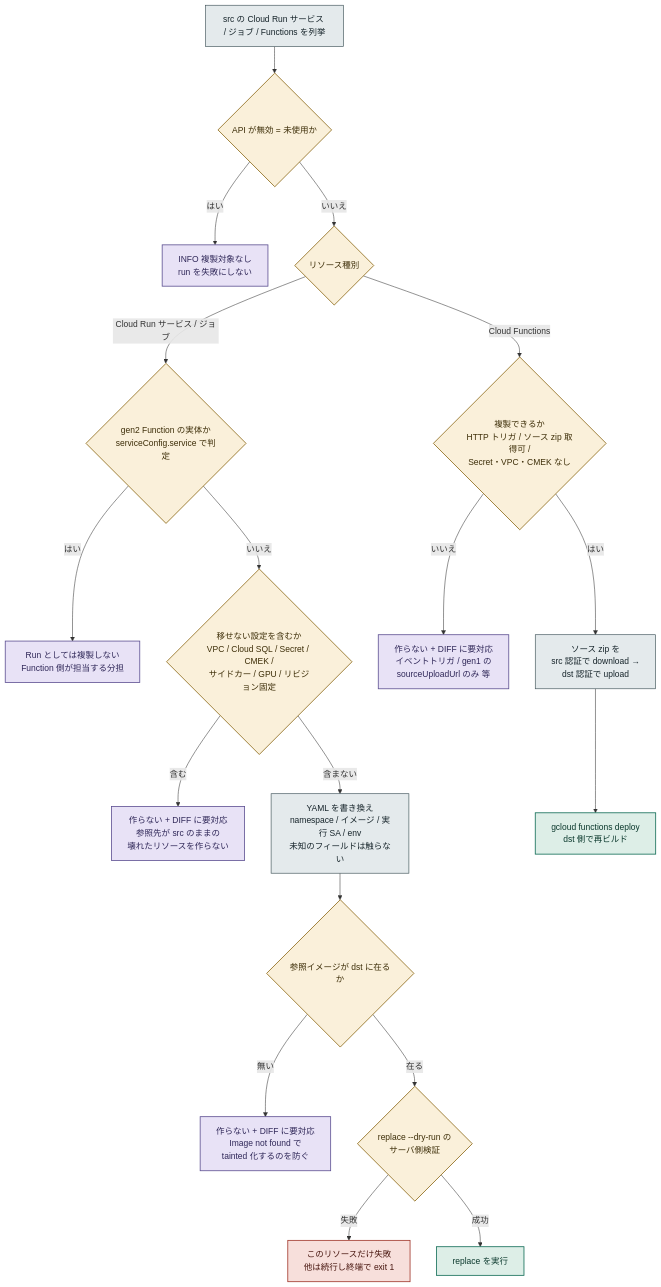
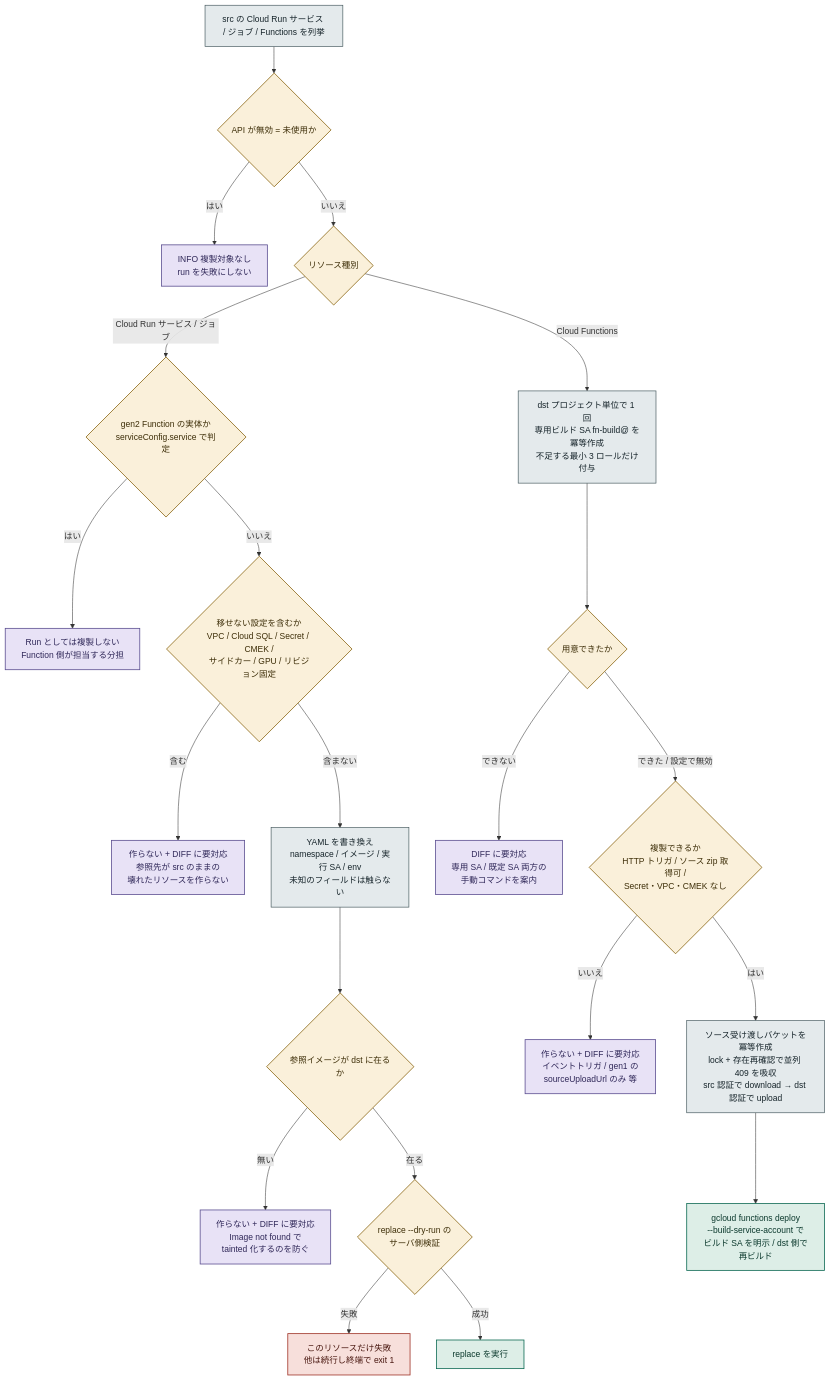
The sixth of 8 diagrams in architecture/sync-env-flow.md (shin5ok/gcp-copy-allenv), drawn with Mermaid before and after one commit. The commit also changed other lines of this file and 1 other file, not shown here.

First line of the commit message:
docs: フロー図を Step 4.7 のビルド SA / Step 5.7 の IAM 複製に追随

````diff
--- a/architecture/sync-env-flow.md
+++ b/architecture/sync-env-flow.md
@@ -281,34 +281,37 @@
 ```mermaid
 %%{init: {"theme":"base","themeVariables":{"fontFamily":"ui-monospace, Menlo, Consolas, 'Hiragino Kaku Gothic ProN', 'Yu Gothic', sans-serif","fontSize":"13px","lineColor":"#7C8D92","textColor":"#16242A","edgeLabelBackground":"#EDF1F1"}}}%%
 flowchart TD
   L["src の Cloud Run サービス / ジョブ / Functions を列挙"] --> D0{"API が無効 = 未使用か"}
   D0 -->|"はい"| SK0["INFO 複製対象なし<br/>run を失敗にしない"]
   D0 -->|"いいえ"| SP{"リソース種別"}
 
   SP -->|"Cloud Run サービス / ジョブ"| D1{"gen2 Function の実体か<br/>serviceConfig.service で判定"}
   D1 -->|"はい"| FN["Run としては複製しない<br/>Function 側が担当する分担"]
   D1 -->|"いいえ"| D2{"移せない設定を含むか<br/>VPC / Cloud SQL / Secret / CMEK /<br/>サイドカー / GPU / リビジョン固定"}
   D2 -->|"含む"| K1["作らない + DIFF に要対応<br/>参照先が src のままの<br/>壊れたリソースを作らない"]
   D2 -->|"含まない"| RW["YAML を書き換え<br/>namespace / イメージ / 実行 SA / env<br/>未知のフィールドは触らない"]
   RW --> D3{"参照イメージが dst に在るか"}
   D3 -->|"無い"| K2["作らない + DIFF に要対応<br/>Image not found で<br/>tainted 化するのを防ぐ"]
   D3 -->|"在る"| V{"replace --dry-run の<br/>サーバ側検証"}
   V -->|"失敗"| ERR["このリソースだけ失敗<br/>他は続行し終端で exit 1"]
   V -->|"成功"| AP["replace を実行"]
 
-  SP -->|"Cloud Functions"| D4{"複製できるか<br/>HTTP トリガ / ソース zip 取得可 /<br/>Secret・VPC・CMEK なし"}
+  SP -->|"Cloud Functions"| B0["dst プロジェクト単位で 1 回<br/>専用ビルド SA fn-build@ を冪等作成<br/>不足する最小 3 ロールだけ付与"]
+  B0 --> BD{"用意できたか"}
+  BD -->|"できない"| K4["DIFF に要対応<br/>専用 SA / 既定 SA 両方の<br/>手動コマンドを案内"]
+  BD -->|"できた / 設定で無効"| D4{"複製できるか<br/>HTTP トリガ / ソース zip 取得可 /<br/>Secret・VPC・CMEK なし"}
   D4 -->|"いいえ"| K3["作らない + DIFF に要対応<br/>イベントトリガ / gen1 の<br/>sourceUploadUrl のみ 等"]
-  D4 -->|"はい"| CP["ソース zip を<br/>src 認証で download →<br/>dst 認証で upload"]
-  CP --> DP["gcloud functions deploy<br/>dst 側で再ビルド"]
+  D4 -->|"はい"| CP["ソース受け渡しバケットを冪等作成<br/>lock + 存在再確認で並列 409 を吸収<br/>src 認証で download → dst 認証で upload"]
+  CP --> DP["gcloud functions deploy<br/>--build-service-account で<br/>ビルド SA を明示 / dst 側で再ビルド"]
 
   classDef gate fill:#FAF0DA,stroke:#8A6612,stroke-width:1.5px,color:#3D2E08;
   classDef skip fill:#E8E2F6,stroke:#5C4F91,stroke-width:1.5px,color:#2F2758;
   classDef halt fill:#F7DFDB,stroke:#9F3428,stroke-width:1.5px,color:#48160F;
   classDef pass fill:#DDEEE7,stroke:#0D6A53,stroke-width:1.5px,color:#0A382C;
   classDef step fill:#E4EAEC,stroke:#3E5257,stroke-width:1.2px,color:#16242A;
-  class D0,SP,D1,D2,D3,D4,V gate;
-  class SK0,FN,K1,K2,K3 skip;
+  class D0,SP,D1,D2,D3,D4,V,BD gate;
+  class SK0,FN,K1,K2,K3,K4 skip;
   class ERR halt;
   class AP,DP pass;
-  class L,RW,CP step;
+  class L,RW,CP,B0 step;
 ```
````
